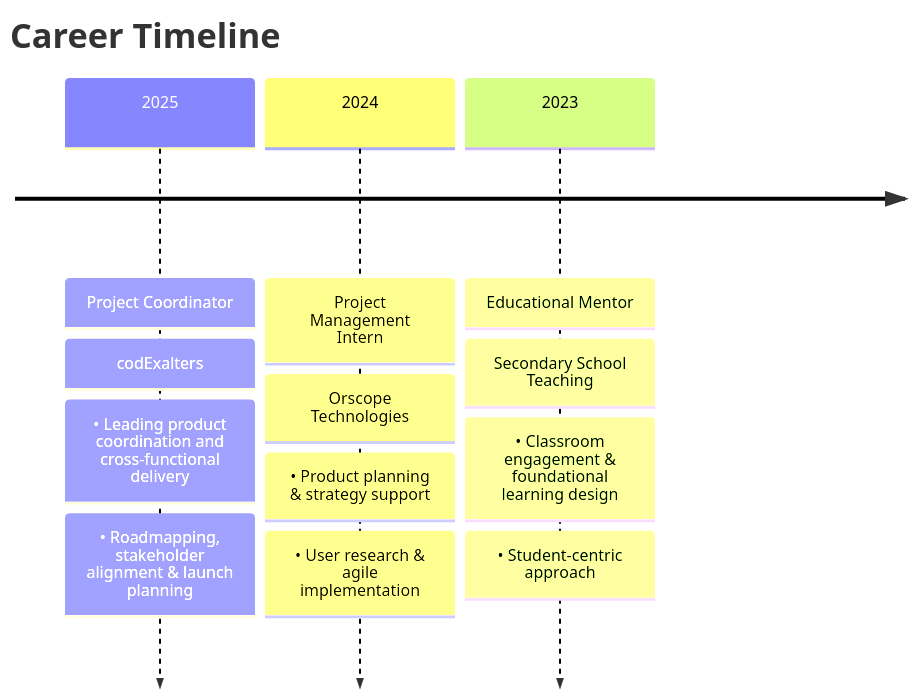
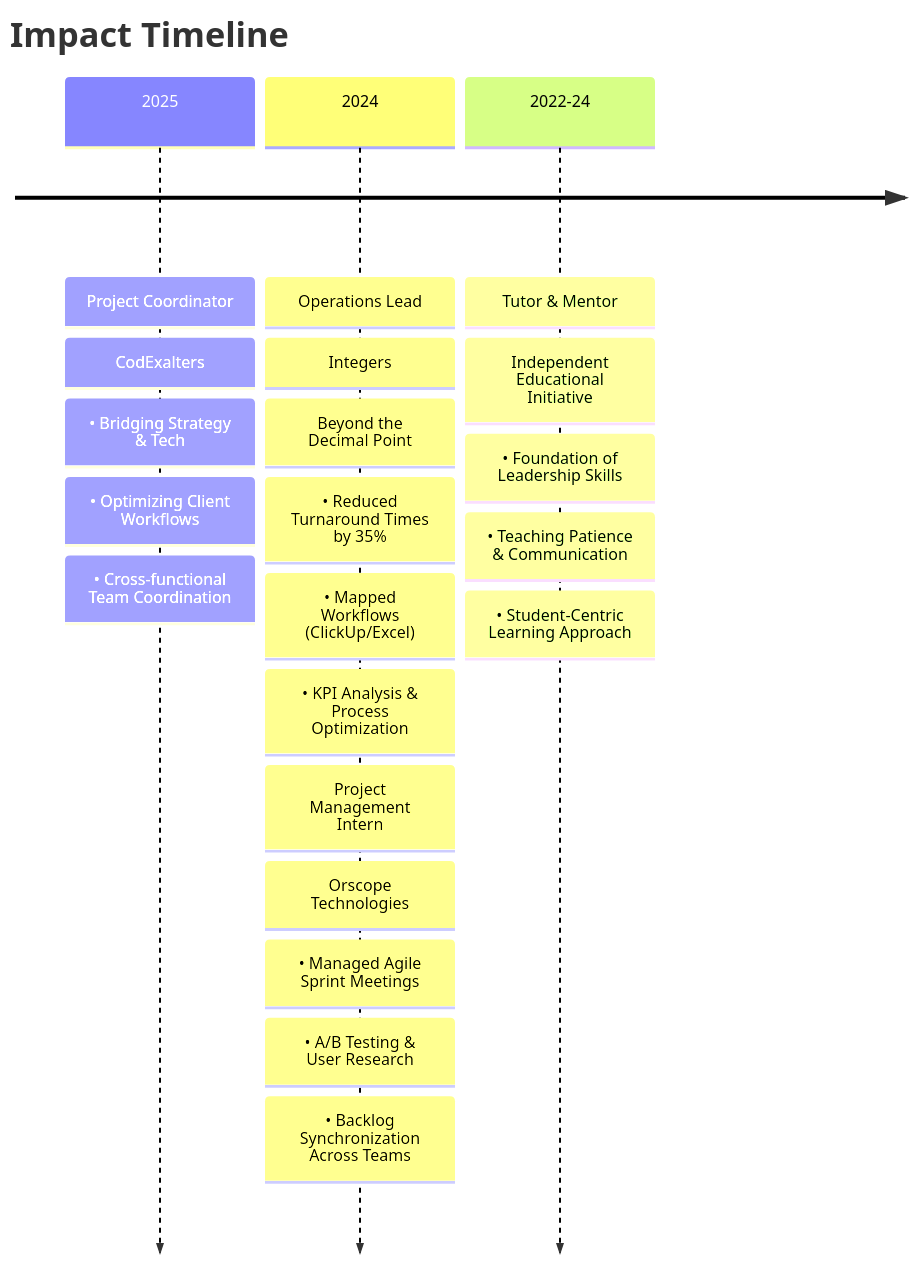
The diagram in README.md (devrajsinh2012/devrajsinh2012), drawn with Mermaid before and after one commit. The commit also changed other lines of this file, not shown here.

````diff
--- a/README.md
+++ b/README.md
@@ -161,19 +158,28 @@
 ```mermaid
 timeline
-    title Career Timeline
+    title Impact Timeline
     
     2025 : Project Coordinator
-         : codExalters
-         : • Leading product coordination and cross-functional delivery
-         : • Roadmapping, stakeholder alignment & launch planning
+         : CodExalters
+         : • Bridging Strategy & Tech
+         : • Optimizing Client Workflows
+         : • Cross-functional Team Coordination
     
-    2024 : Project Management Intern
+    2024 : Operations Lead
+         : Integers: Beyond the Decimal Point
+         : • Reduced Turnaround Times by 35%
+         : • Mapped Workflows (ClickUp/Excel)
+         : • KPI Analysis & Process Optimization
+    
+         : Project Management Intern
          : Orscope Technologies
-         : • Product planning & strategy support
-         : • User research & agile implementation
+         : • Managed Agile Sprint Meetings
+         : • A/B Testing & User Research
+         : • Backlog Synchronization Across Teams
     
-    2023 : Educational Mentor
-         : Secondary School Teaching
-         : • Classroom engagement & foundational learning design
-         : • Student-centric approach
+    2022-24 : Tutor & Mentor
+         : Independent Educational Initiative
+         : • Foundation of Leadership Skills
+         : • Teaching Patience & Communication
+         : • Student-Centric Learning Approach
 ```
````
